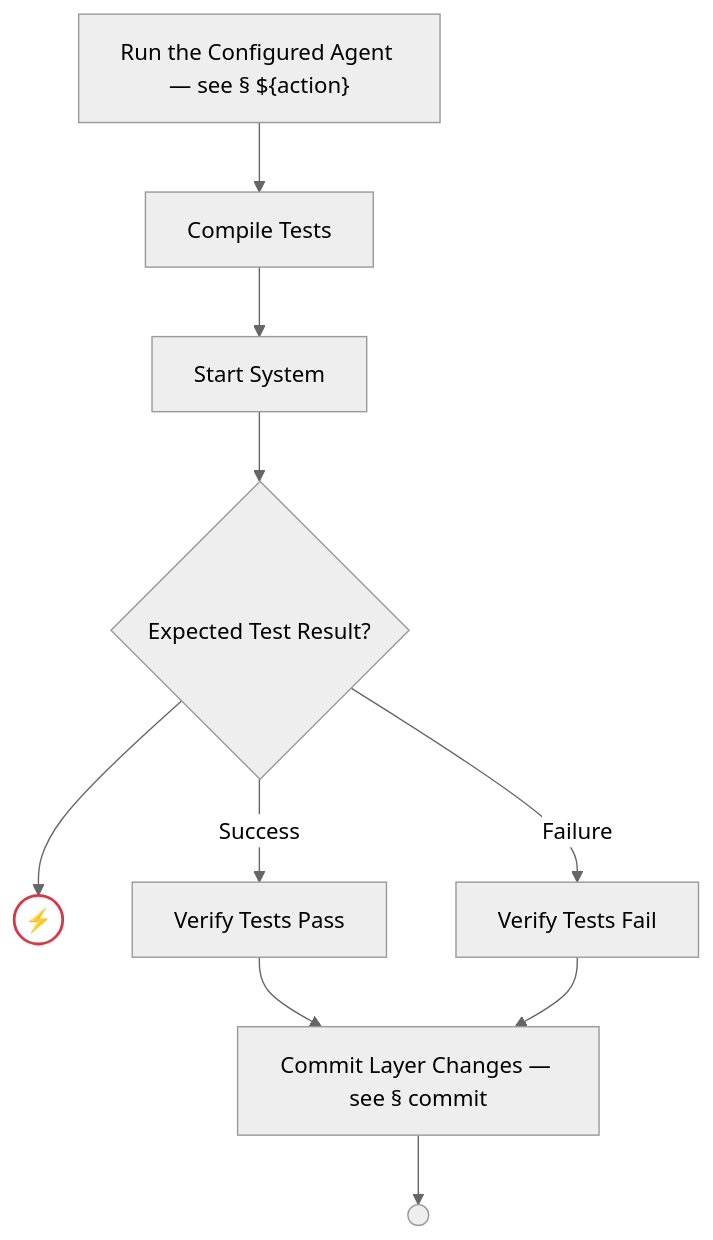
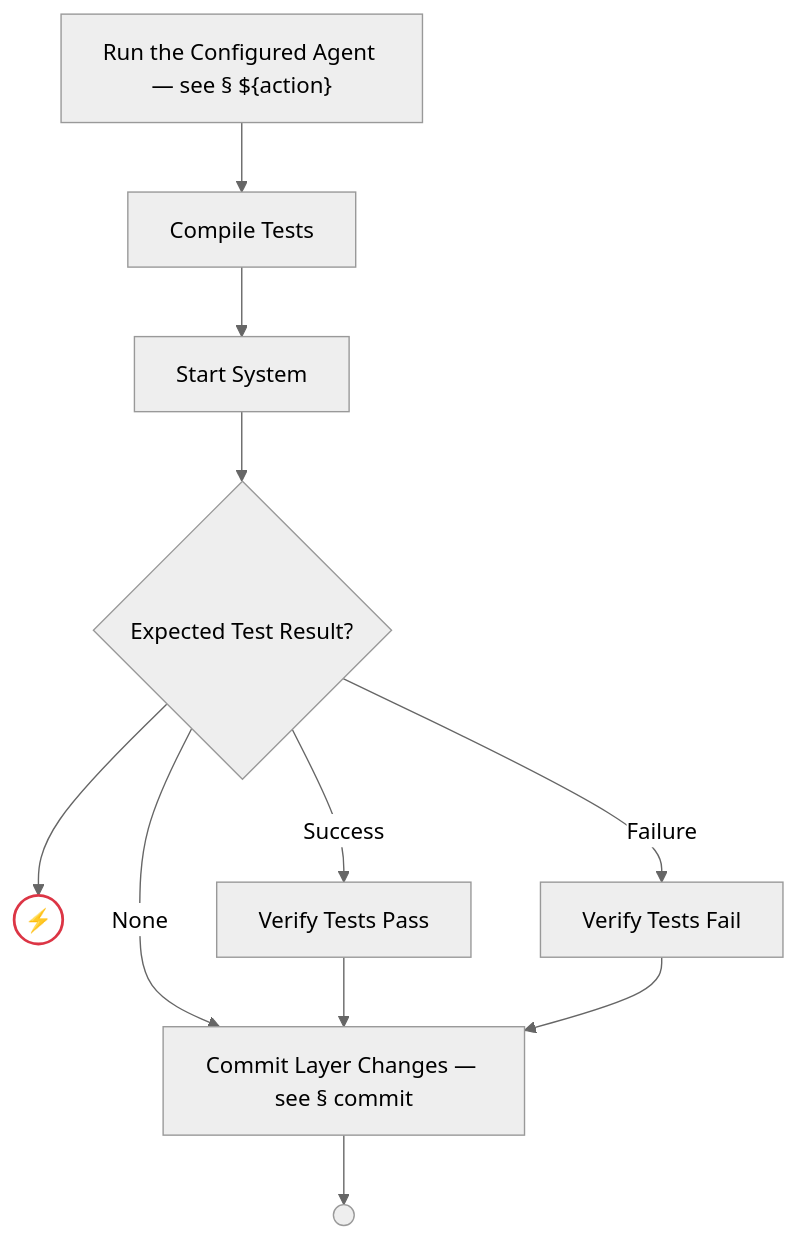
One commit to optivem/gh-optivem changed diagram 22 of 51 in docs/process-diagram.md. Above: the diagram before and after it, drawn with Mermaid (neutral theme). The commit also changed 1 other file, not shown here.

Commit message:
atdd: regenerate process-flow diagram

````diff
--- a/docs/process-diagram.md
+++ b/docs/process-diagram.md
@@ -463,25 +463,26 @@
 ```mermaid
 flowchart TD
     COMMIT_LAYER[Commit Layer Changes — see § commit]
     COMPILE_TESTS[Compile Tests]
     GATE_EXPECTED_TEST_RESULT{Expected Test Result?}
     IMPLEMENT_TEST_LAYER_END(( ))
     RUN_ACTION["Run the Configured Agent — see § ${action}"]
     START_SYSTEM[Start System]
     UNKNOWN_EXPECTED_TEST_RESULT((⚡))
     VERIFY_TESTS_FAIL_FILTERED[Verify Tests Fail]
     VERIFY_TESTS_PASS_FILTERED[Verify Tests Pass]
 
     RUN_ACTION --> COMPILE_TESTS
     COMPILE_TESTS --> START_SYSTEM
     START_SYSTEM --> GATE_EXPECTED_TEST_RESULT
     GATE_EXPECTED_TEST_RESULT -- Success --> VERIFY_TESTS_PASS_FILTERED
     GATE_EXPECTED_TEST_RESULT -- Failure --> VERIFY_TESTS_FAIL_FILTERED
+    GATE_EXPECTED_TEST_RESULT -- None --> COMMIT_LAYER
     GATE_EXPECTED_TEST_RESULT --> UNKNOWN_EXPECTED_TEST_RESULT
     VERIFY_TESTS_PASS_FILTERED --> COMMIT_LAYER
     VERIFY_TESTS_FAIL_FILTERED --> COMMIT_LAYER
     COMMIT_LAYER --> IMPLEMENT_TEST_LAYER_END
 
     classDef errorEndNode fill:#ffffff,stroke:#dc3545,stroke-width:2px,color:#000000
     class UNKNOWN_EXPECTED_TEST_RESULT errorEndNode
 ```
````
